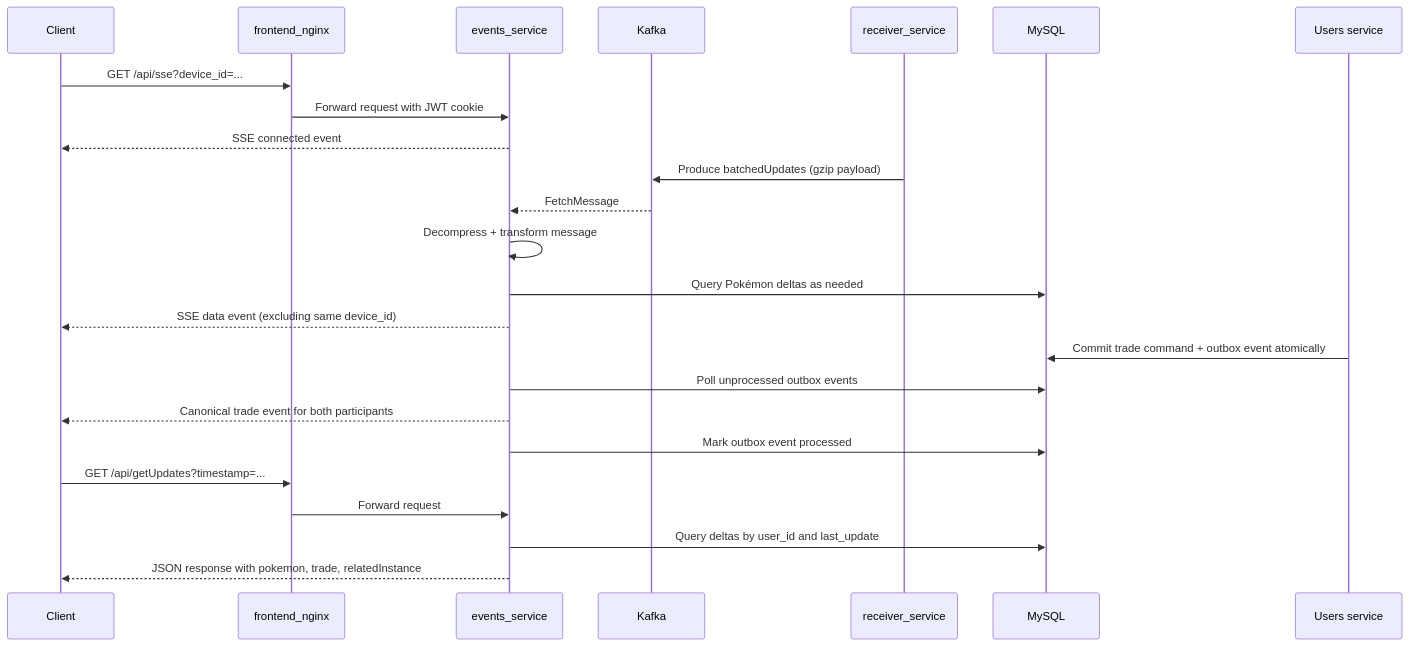
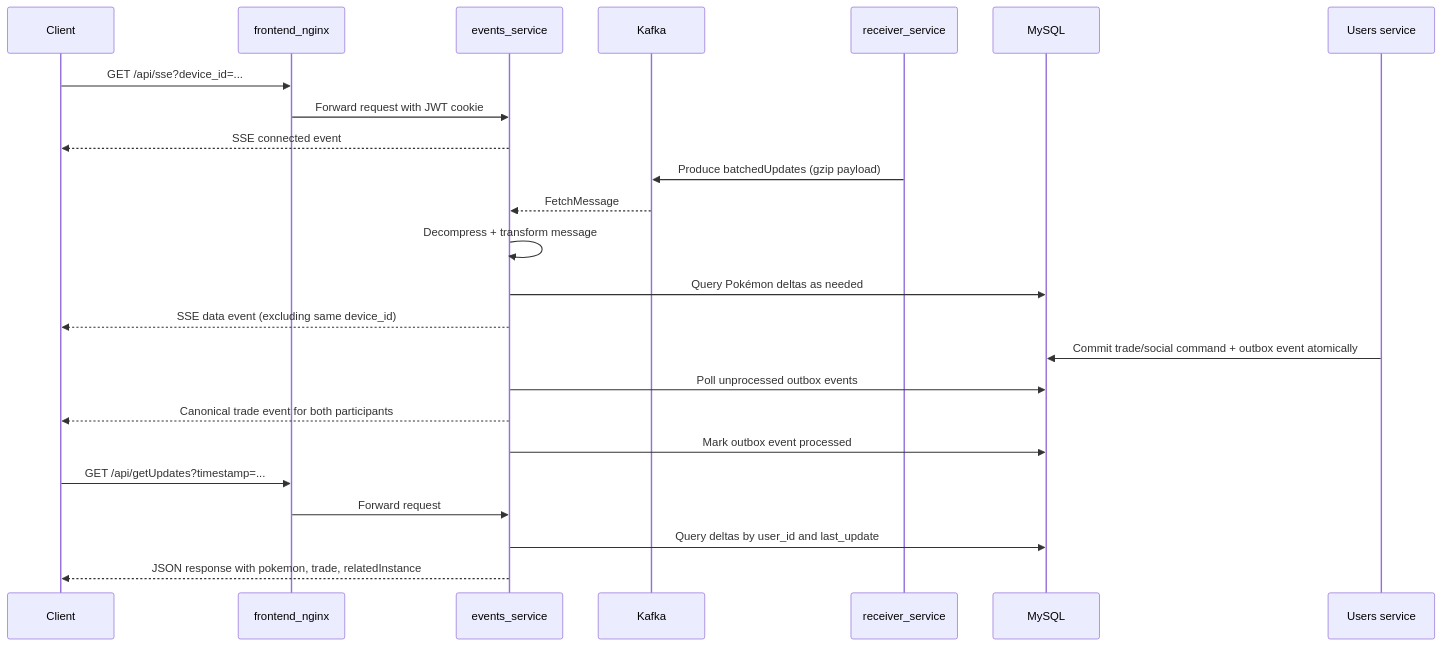
One commit to AdamWentworth/Go changed the second of 3 diagrams in reader/events/README.md. Above: the diagram before and after it, drawn with Mermaid. The commit also changed other lines of this file and 27 other files, not shown here.

````diff
--- a/reader/events/README.md
+++ b/reader/events/README.md
@@ -74,30 +77,30 @@
 ```mermaid
 sequenceDiagram
   participant C as Client
   participant N as frontend_nginx
   participant E as events_service
   participant K as Kafka
   participant R as receiver_service
   participant D as MySQL
   participant U as Users service
 
   C->>N: GET /api/sse?device_id=...
   N->>E: Forward request with JWT cookie
   E-->>C: SSE connected event
 
   R->>K: Produce batchedUpdates (gzip payload)
   K-->>E: FetchMessage
   E->>E: Decompress + transform message
   E->>D: Query Pokémon deltas as needed
   E-->>C: SSE data event (excluding same device_id)
 
-  U->>D: Commit trade command + outbox event atomically
+  U->>D: Commit trade/social command + outbox event atomically
   E->>D: Poll unprocessed outbox events
   E-->>C: Canonical trade event for both participants
   E->>D: Mark outbox event processed
 
   C->>N: GET /api/getUpdates?timestamp=...
   N->>E: Forward request
   E->>D: Query deltas by user_id and last_update
   E-->>C: JSON response with pokemon, trade, relatedInstance
 ```
````
